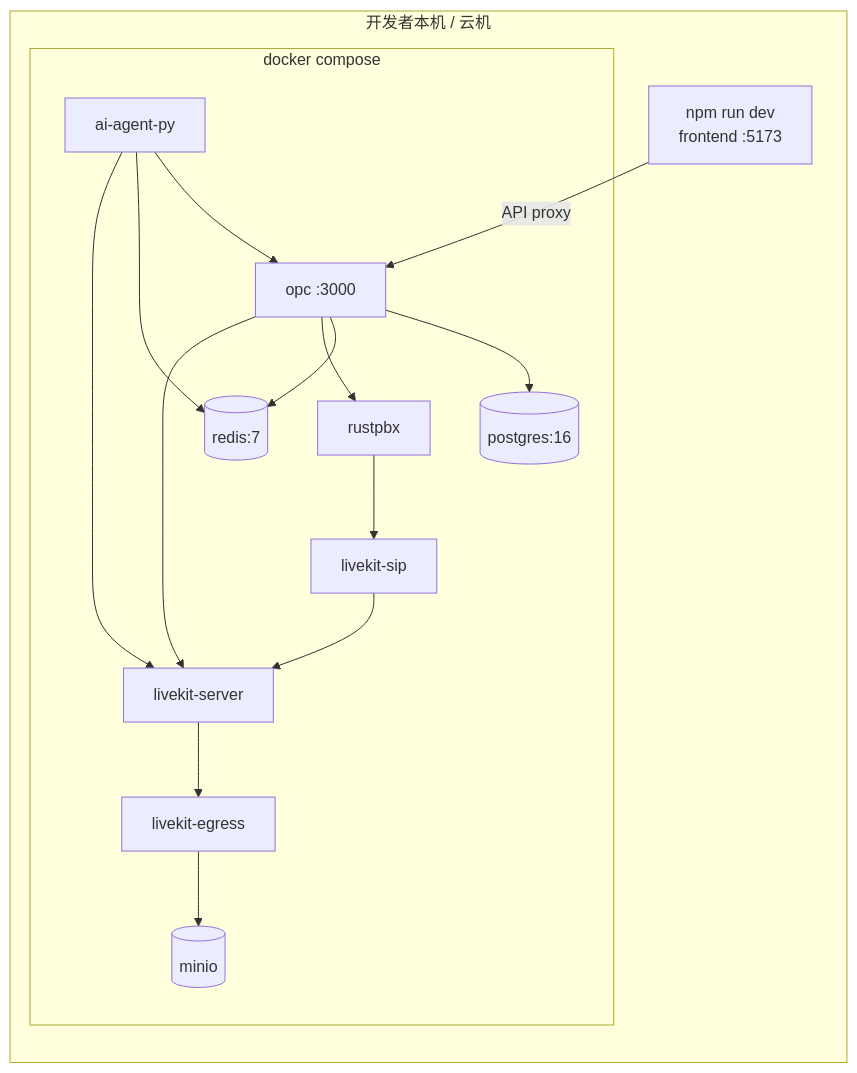
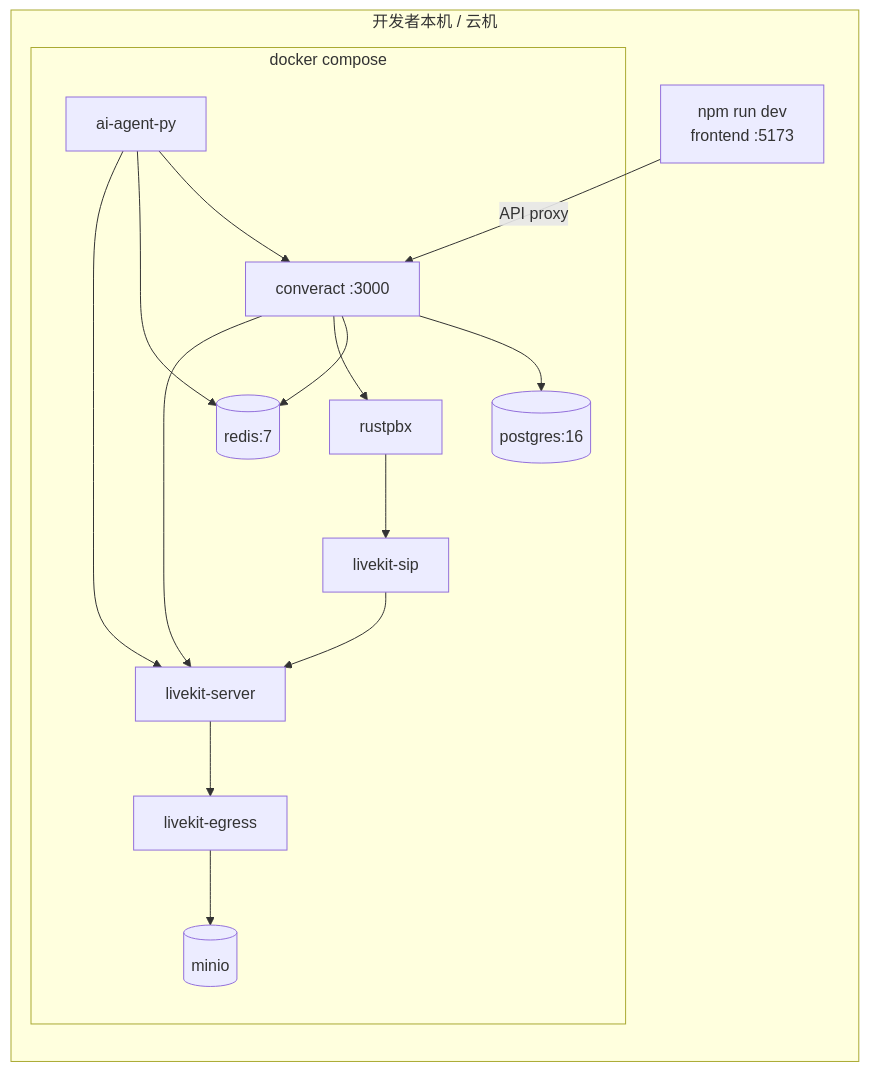
The seventh of 16 diagrams in docs/design/super-contact-center-platform-vision.md (songgoldenwind-crypto/converact-platform), drawn with Mermaid before and after one commit. The commit also changed other lines of this file and 1807 other files, not shown here.

````diff
--- a/docs/design/super-contact-center-platform-vision.md
+++ b/docs/design/super-contact-center-platform-vision.md
@@ -928,23 +928,23 @@
 ```mermaid
 flowchart LR
   subgraph Host["开发者本机 / 云机"]
   subgraph Compose["docker compose"]
     PG_D[("postgres:16")]
     RD_D[("redis:7")]
     MINIO_D[("minio")]
     LK_D["livekit-server"]
     SIP_D["livekit-sip"]
     EGR_D["livekit-egress"]
     RPBX_D["rustpbx"]
-    OPC_D["opc :3000"]
+    CONVERACT_D["converact :3000"]
     AGT_D["ai-agent-py"]
   end
   DEV["npm run dev<br/>frontend :5173"]
   end
 
-  DEV -->|API proxy| OPC_D
-  OPC_D --> PG_D & RD_D & RPBX_D & LK_D
-  AGT_D --> OPC_D & RD_D & LK_D
+  DEV -->|API proxy| CONVERACT_D
+  CONVERACT_D --> PG_D & RD_D & RPBX_D & LK_D
+  AGT_D --> CONVERACT_D & RD_D & LK_D
   RPBX_D --> SIP_D --> LK_D
   LK_D --> EGR_D --> MINIO_D
 ```
````
